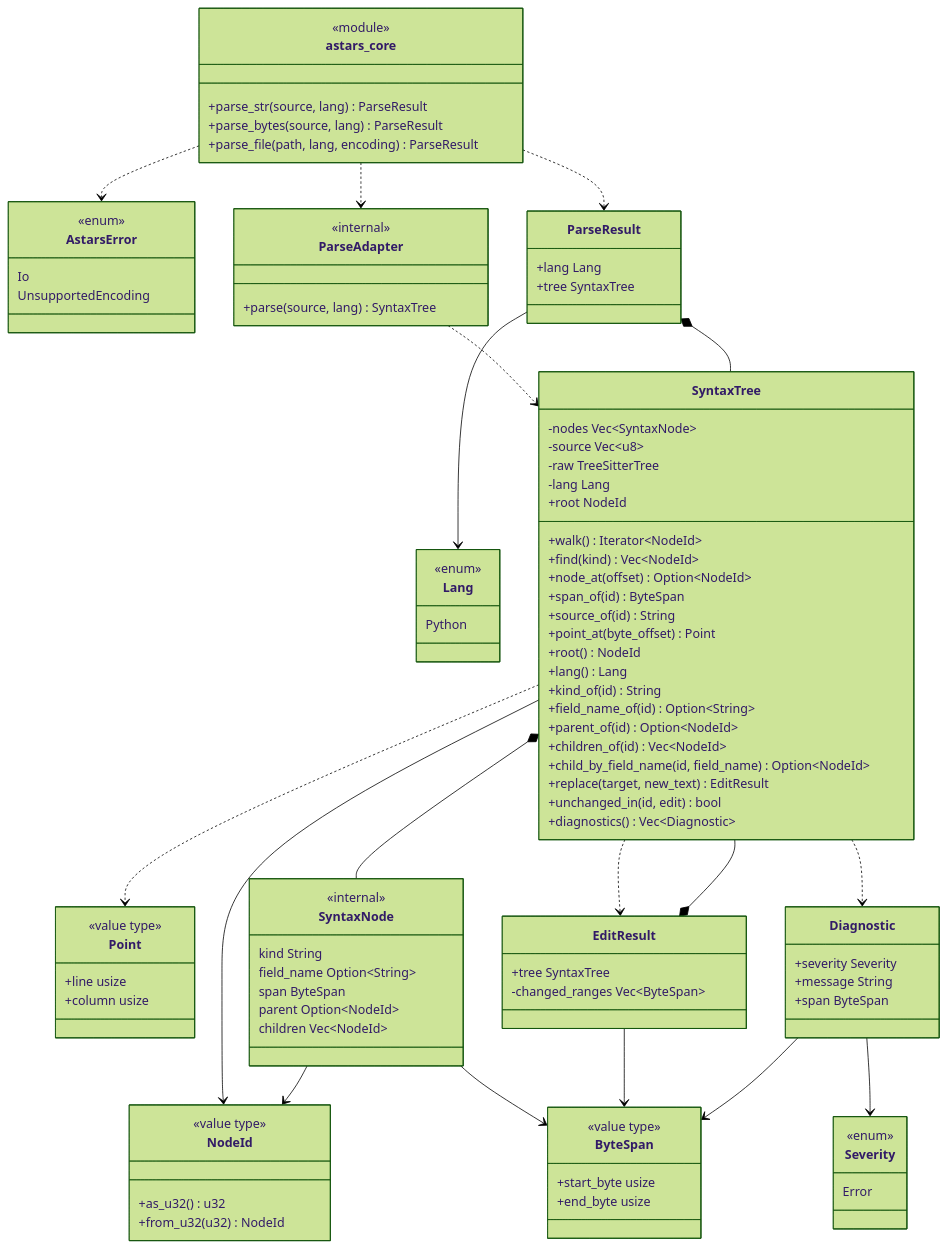
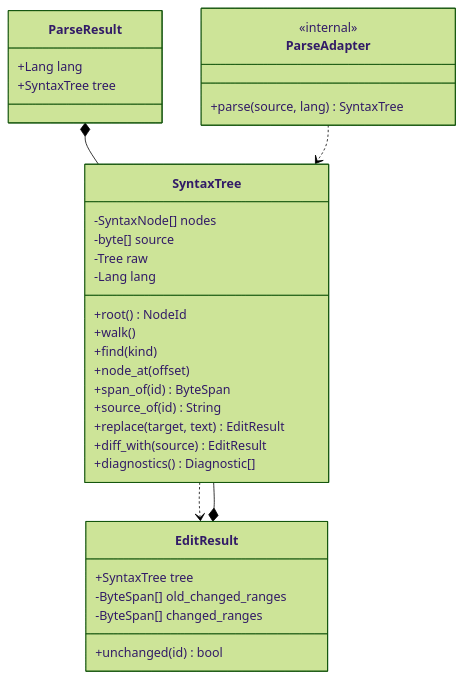
Before and after one commit to xwasoux/astars: the second of 2 diagrams in docs/design/ARCHITECTURE.ja.md, drawn with Mermaid (forest theme). The commit also changed other lines of this file and 32 other files, not shown here.

````diff
--- a/docs/design/ARCHITECTURE.ja.md
+++ b/docs/design/ARCHITECTURE.ja.md
@@ -19,103 +244,37 @@
 ```mermaid
 classDiagram
-    class Lang {
-        <<enum>>
-        Python
-    }
-    class AstarsError {
-        <<enum>>
-        Io
-        UnsupportedEncoding
-    }
-    class Severity {
-        <<enum>>
-        Error
-    }
-    class ByteSpan {
-        <<value type>>
-        +start_byte usize
-        +end_byte usize
-    }
-    class Point {
-        <<value type>>
-        +line usize
-        +column usize
-    }
-    class NodeId {
-        <<value type>>
-        +as_u32() u32
-        +from_u32(u32) NodeId
-    }
-    class Diagnostic {
-        +severity Severity
-        +message String
-        +span ByteSpan
-    }
-    class SyntaxNode {
-        <<internal>>
-        kind String
-        field_name Option~String~
-        span ByteSpan
-        parent Option~NodeId~
-        children Vec~NodeId~
+    class ParseResult {
+        +Lang lang
+        +SyntaxTree tree
     }
     class SyntaxTree {
-        -nodes Vec~SyntaxNode~
-        -source Vec~u8~
-        -raw TreeSitterTree
-        -lang Lang
-        +root NodeId
-        +walk() Iterator~NodeId~
-        +find(kind) Vec~NodeId~
-        +node_at(offset) Option~NodeId~
+        -SyntaxNode[] nodes
+        -byte[] source
+        -Tree raw
+        -Lang lang
+        +root() NodeId
+        +walk()
+        +find(kind)
+        +node_at(offset)
         +span_of(id) ByteSpan
         +source_of(id) String
-        +point_at(byte_offset) Point
-        +root() NodeId
-        +lang() Lang
-        +kind_of(id) String
-        +field_name_of(id) Option~String~
-        +parent_of(id) Option~NodeId~
-        +children_of(id) Vec~NodeId~
-        +child_by_field_name(id, field_name) Option~NodeId~
-        +replace(target, new_text) EditResult
-        +unchanged_in(id, edit) bool
-        +diagnostics() Vec~Diagnostic~
+        +replace(target, text) EditResult
+        +diff_with(source) EditResult
+        +diagnostics() Diagnostic[]
     }
     class EditResult {
-        +tree SyntaxTree
-        -changed_ranges Vec~ByteSpan~
+        +SyntaxTree tree
+        -ByteSpan[] old_changed_ranges
+        -ByteSpan[] changed_ranges
+        +unchanged(id) bool
     }
     class ParseAdapter {
         <<internal>>
         +parse(source, lang) SyntaxTree
     }
-    class ParseResult {
-        +lang Lang
-        +tree SyntaxTree
-    }
-    class astars_core {
-        <<module>>
-        +parse_str(source, lang) ParseResult
-        +parse_bytes(source, lang) ParseResult
-        +parse_file(path, lang, encoding) ParseResult
-    }
 
-    astars_core ..> ParseAdapter
-    astars_core ..> ParseResult
-    astars_core ..> AstarsError
-    ParseAdapter ..> SyntaxTree
     ParseResult *-- SyntaxTree
-    ParseResult --> Lang
-    SyntaxTree *-- SyntaxNode
-    SyntaxTree --> NodeId
-    SyntaxTree ..> Point
-    SyntaxNode --> NodeId
-    SyntaxNode --> ByteSpan
     SyntaxTree ..> EditResult
     EditResult *-- SyntaxTree
-    EditResult --> ByteSpan
-    SyntaxTree ..> Diagnostic
-    Diagnostic --> Severity
-    Diagnostic --> ByteSpan
+    ParseAdapter ..> SyntaxTree
 ```
````
